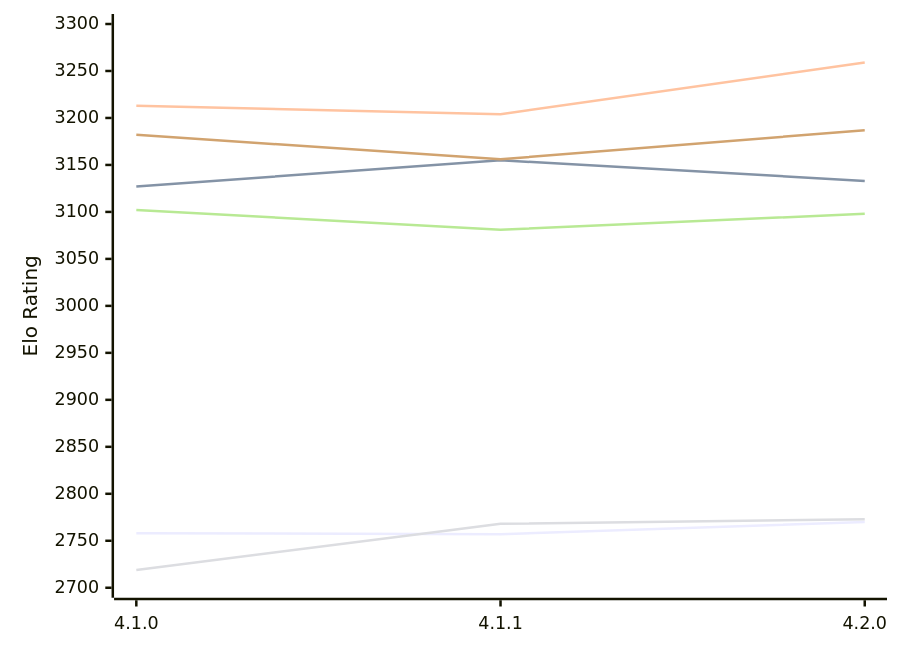
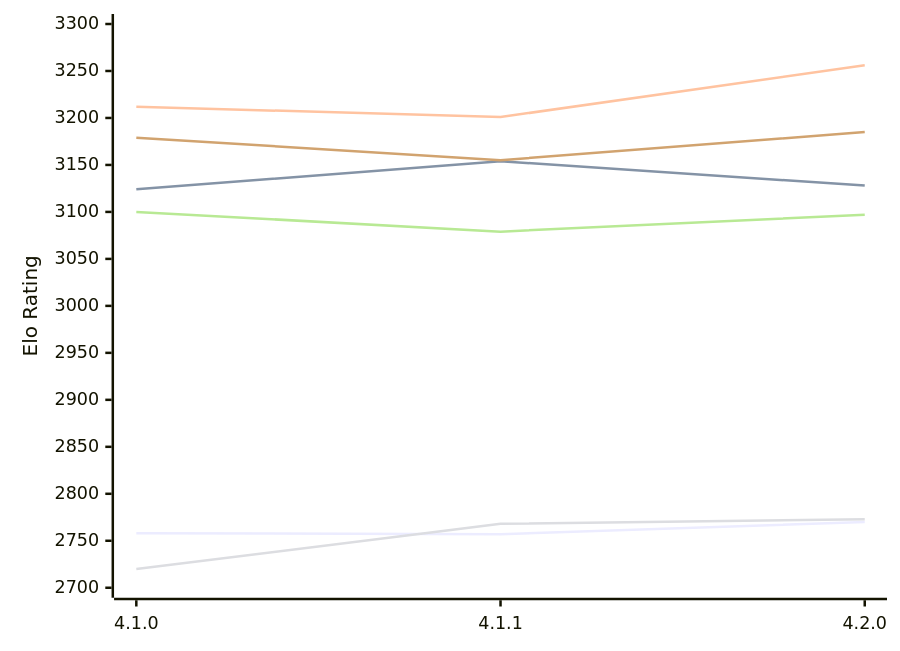
One commit to computer-chess-index/cci changed the diagram in engines/LunaChessEngine.md. Above: the diagram before and after it, drawn with Mermaid. The commit also changed other lines of this file, not shown here.

Commit message:
Update CCI Ratings (ELO VLTC) - 2026-11-19

````diff
--- a/engines/LunaChessEngine.md
+++ b/engines/LunaChessEngine.md
@@ -51,12 +51,12 @@
 ```mermaid
 %%{init: {"theme":"base","themeVariables":{"seriesColors:['#a3a3a3','#222221','#faa371']}}}%%
 xychart-beta
   x-axis ["4.1.0", "4.1.1", "4.2.0"]
   y-axis "Elo Rating" 2700 --> 3300
   line "E1: STC (8.0+0.08s)" [2758, 2757, 2770]
-  line "E1: LTC (60.0+0.60s)" [3127, 3155, 3133]
-  line "E1: VLTC (2m24s+1.12s)" [3213, 3204, 3259]
-  line "P1: STC (8.0+0.08s)" [2719, 2768, 2773]
-  line "P1: LTC (60.0+0.60s)" [3102, 3081, 3098]
-  line "P1: VLTC (2m24s+1.12s)" [3182, 3156, 3187]
+  line "E1: LTC (60.0+0.60s)" [3124, 3154, 3128]
+  line "E1: VLTC (2m24s+1.12s)" [3212, 3201, 3256]
+  line "P1: STC (8.0+0.08s)" [2720, 2768, 2773]
+  line "P1: LTC (60.0+0.60s)" [3100, 3079, 3097]
+  line "P1: VLTC (2m24s+1.12s)" [3179, 3155, 3185]
 ```
````
